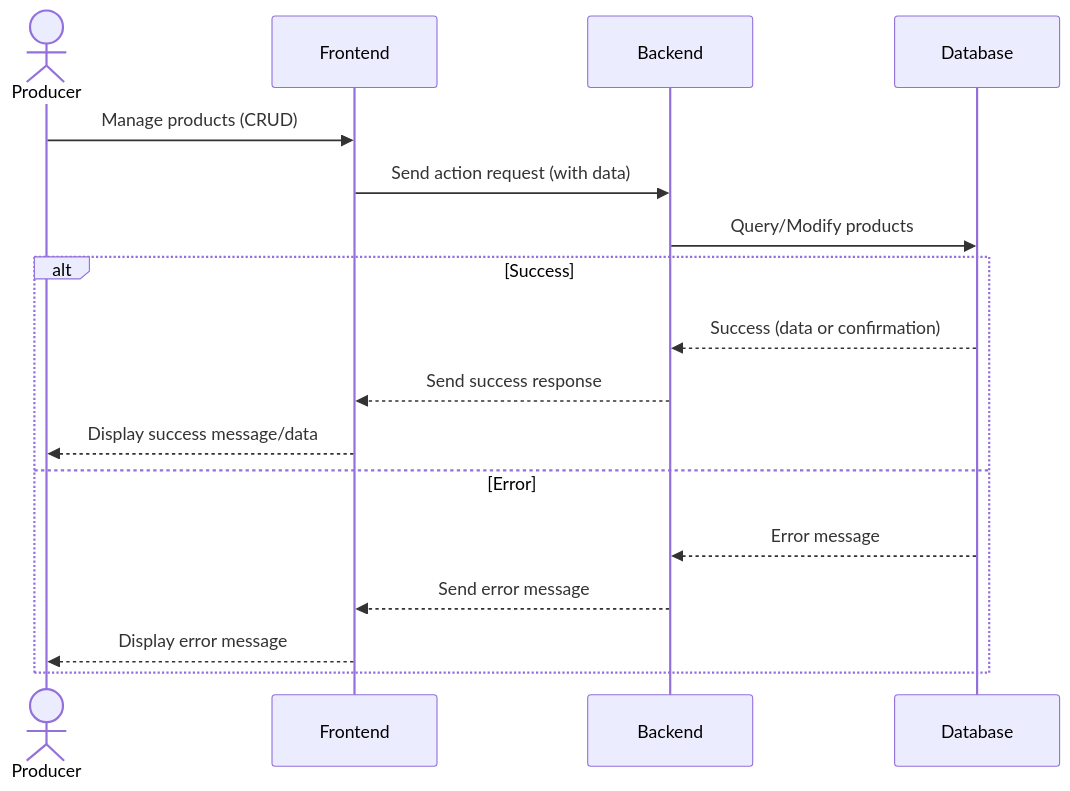
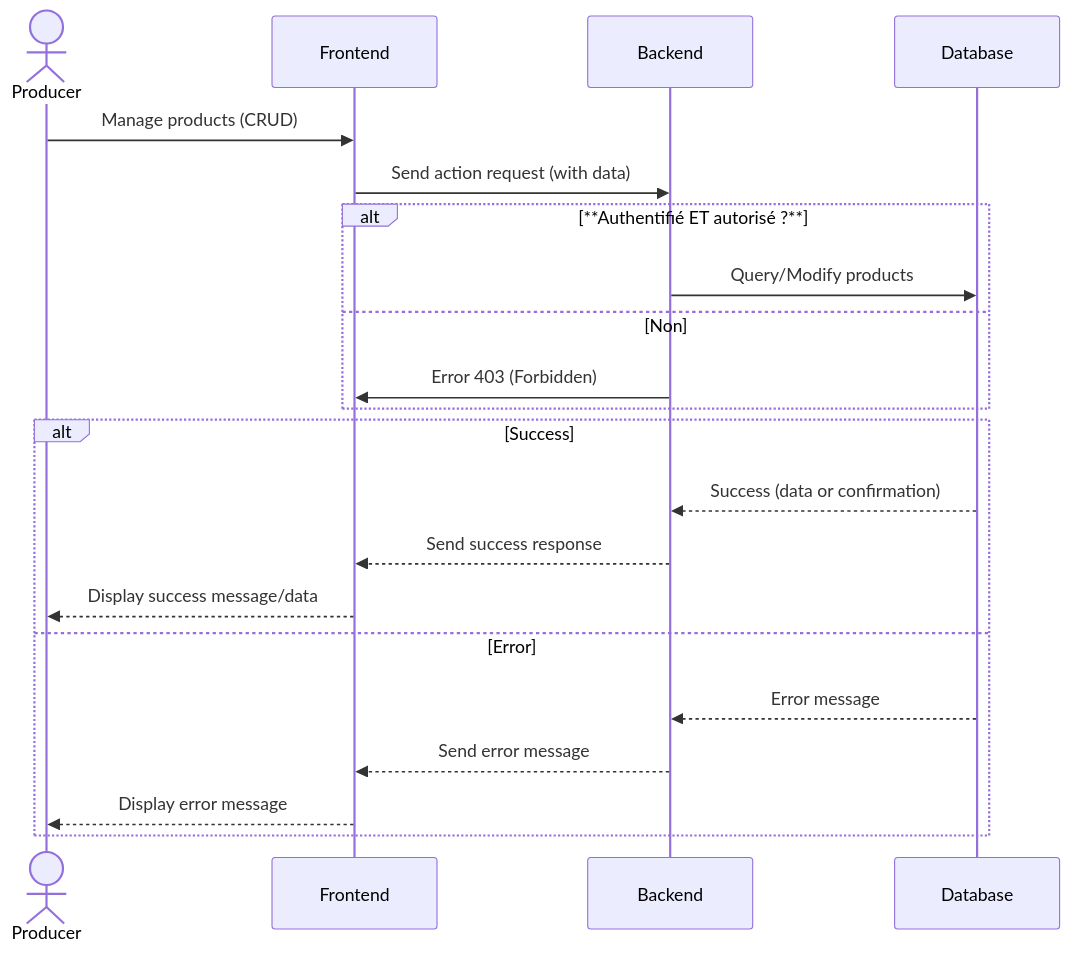
One commit to ManicH06/EasyPlace changed the diagram in docs/Conception/Modele/model-de-sequence -manageProducts.md. Above: the diagram before and after it, drawn with Mermaid. The commit also changed 8 other files, not shown here.

````diff
--- a/docs/Conception/Modele/model-de-sequence -manageProducts.md
+++ b/docs/Conception/Modele/model-de-sequence -manageProducts.md
@@ -1,21 +1,24 @@
 ```mermaid
 sequenceDiagram
     actor Producer
     participant Frontend
     participant Backend
     participant Database
 
     Producer->>Frontend: Manage products (CRUD)
-    Frontend->>Backend: Send action request (with data)
-    Backend->>Database: Query/Modify products
-
+    Frontend ->> Backend : Send action request (with data)
+    alt **Authentifié ET autorisé ?**
+    Backend ->> Database : Query/Modify products
+    else Non
+    Backend ->> Frontend : Error 403 (Forbidden)
+    end
     alt Success
         Database-->>Backend: Success (data or confirmation)
         Backend-->>Frontend: Send success response
         Frontend-->>Producer: Display success message/data
     else Error
         Database-->>Backend: Error message
         Backend-->>Frontend: Send error message
         Frontend-->>Producer: Display error message
     end
 ```
````
